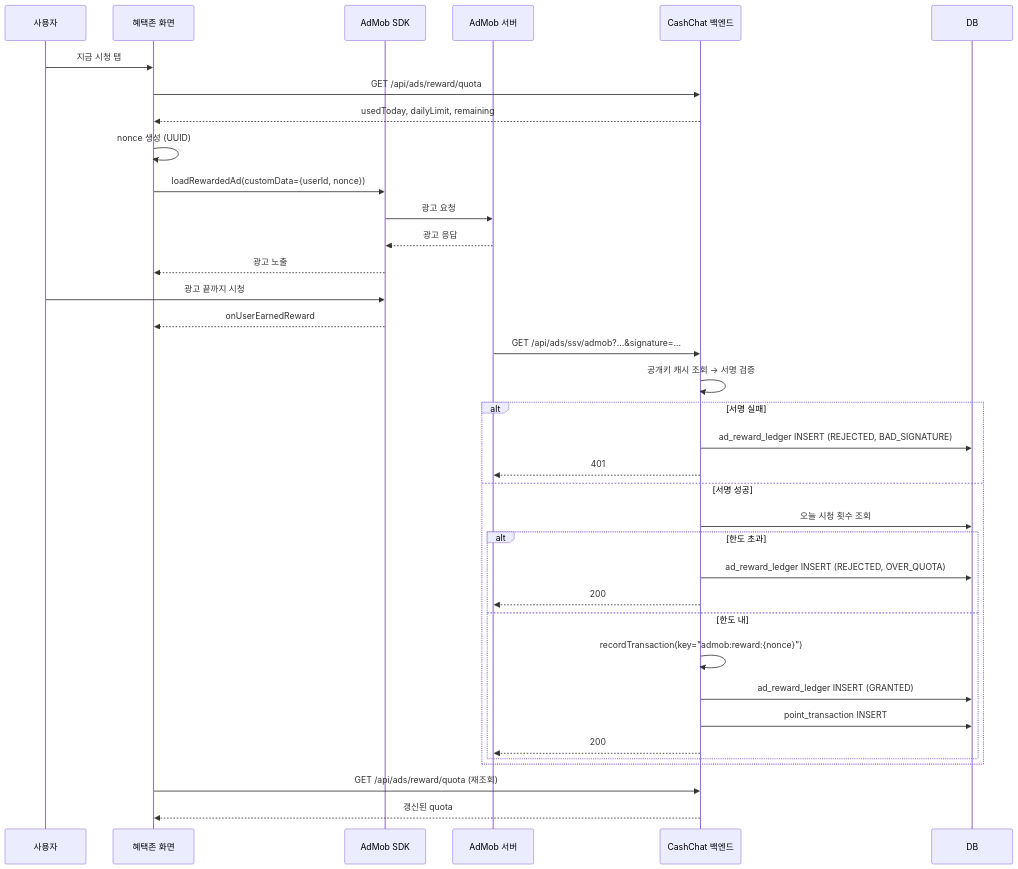
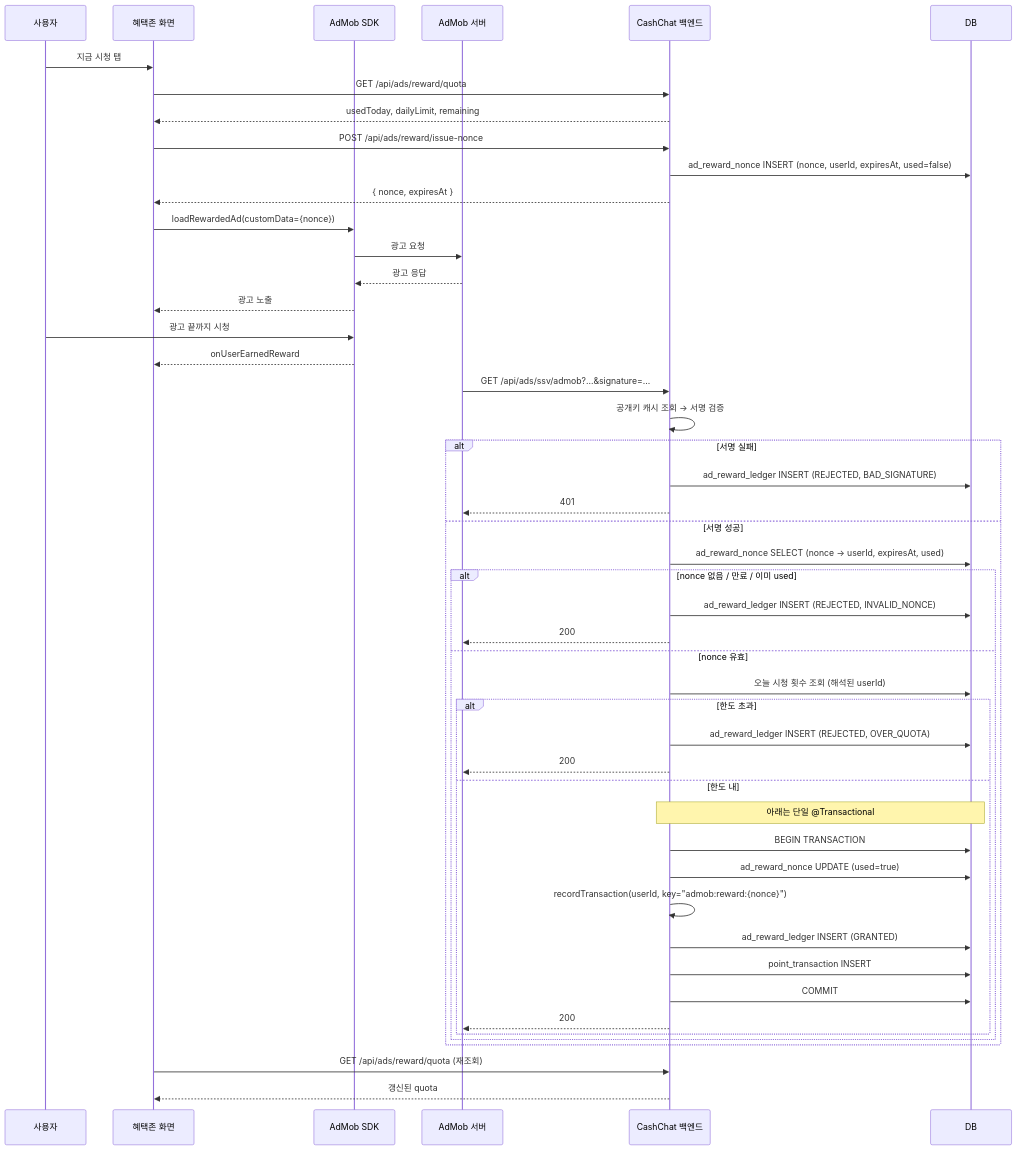
One commit to cash-chat-mvp/cash-chat-mvp changed the second of 2 diagrams in docs/features/reward/spec.md. Above: the diagram before and after it, drawn with Mermaid. The commit also changed other lines of this file and 1 other file, not shown here.

First line of the commit message:
docs(reward): apply PR #148 review fixes

````diff
--- a/docs/features/reward/spec.md
+++ b/docs/features/reward/spec.md
@@ -185,39 +217,51 @@
 ```mermaid
 sequenceDiagram
     participant User as 사용자
     participant FE as 혜택존 화면
     participant SDK as AdMob SDK
     participant AdMob as AdMob 서버
     participant API as CashChat 백엔드
     participant DB as DB
 
     User->>FE: 지금 시청 탭
     FE->>API: GET /api/ads/reward/quota
     API-->>FE: usedToday, dailyLimit, remaining
-    FE->>FE: nonce 생성 (UUID)
-    FE->>SDK: loadRewardedAd(customData={userId, nonce})
+    FE->>API: POST /api/ads/reward/issue-nonce
+    API->>DB: ad_reward_nonce INSERT (nonce, userId, expiresAt, used=false)
+    API-->>FE: { nonce, expiresAt }
+    FE->>SDK: loadRewardedAd(customData={nonce})
     SDK->>AdMob: 광고 요청
     AdMob-->>SDK: 광고 응답
     SDK-->>FE: 광고 노출
     User->>SDK: 광고 끝까지 시청
     SDK-->>FE: onUserEarnedReward
     AdMob->>API: GET /api/ads/ssv/admob?...&signature=...
     API->>API: 공개키 캐시 조회 → 서명 검증
     alt 서명 실패
         API->>DB: ad_reward_ledger INSERT (REJECTED, BAD_SIGNATURE)
         API-->>AdMob: 401
     else 서명 성공
-        API->>DB: 오늘 시청 횟수 조회
-        alt 한도 초과
-            API->>DB: ad_reward_ledger INSERT (REJECTED, OVER_QUOTA)
+        API->>DB: ad_reward_nonce SELECT (nonce → userId, expiresAt, used)
+        alt nonce 없음 / 만료 / 이미 used
+            API->>DB: ad_reward_ledger INSERT (REJECTED, INVALID_NONCE)
             API-->>AdMob: 200
-        else 한도 내
-            API->>API: recordTransaction(key="admob:reward:{nonce}")
-            API->>DB: ad_reward_ledger INSERT (GRANTED)
-            API->>DB: point_transaction INSERT
-            API-->>AdMob: 200
+        else nonce 유효
+            API->>DB: 오늘 시청 횟수 조회 (해석된 userId)
+            alt 한도 초과
+                API->>DB: ad_reward_ledger INSERT (REJECTED, OVER_QUOTA)
+                API-->>AdMob: 200
+            else 한도 내
+                Note over API,DB: 아래는 단일 @Transactional
+                API->>DB: BEGIN TRANSACTION
+                API->>DB: ad_reward_nonce UPDATE (used=true)
+                API->>API: recordTransaction(userId, key="admob:reward:{nonce}")
+                API->>DB: ad_reward_ledger INSERT (GRANTED)
+                API->>DB: point_transaction INSERT
+                API->>DB: COMMIT
+                API-->>AdMob: 200
+            end
         end
     end
     FE->>API: GET /api/ads/reward/quota (재조회)
     API-->>FE: 갱신된 quota
 ```
````
